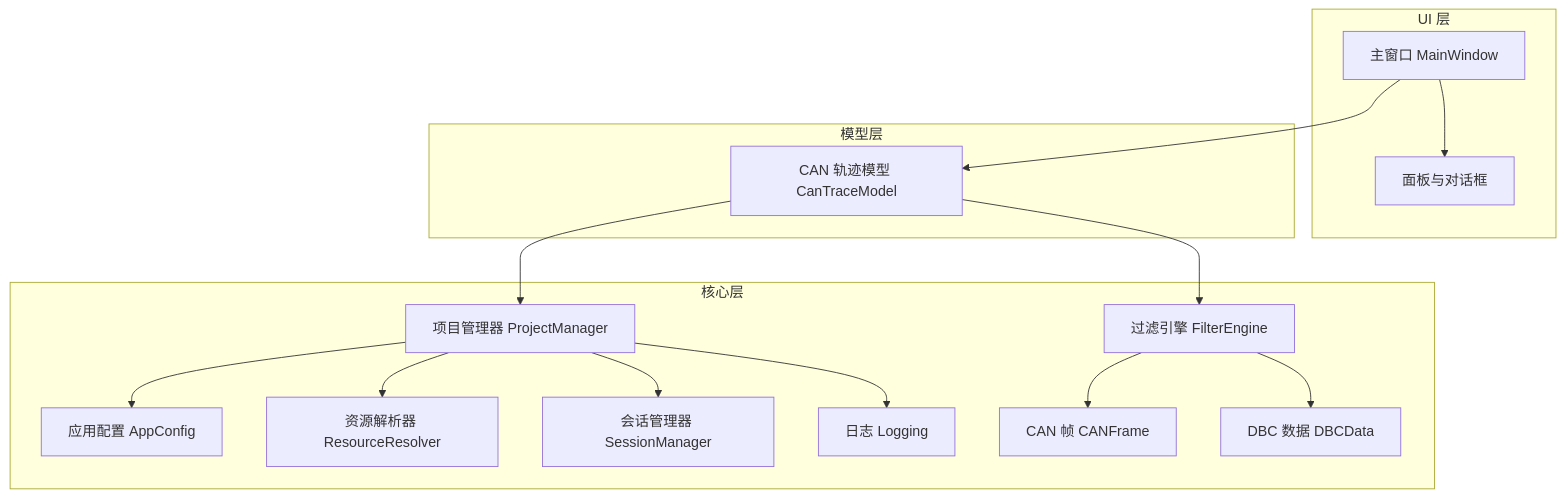
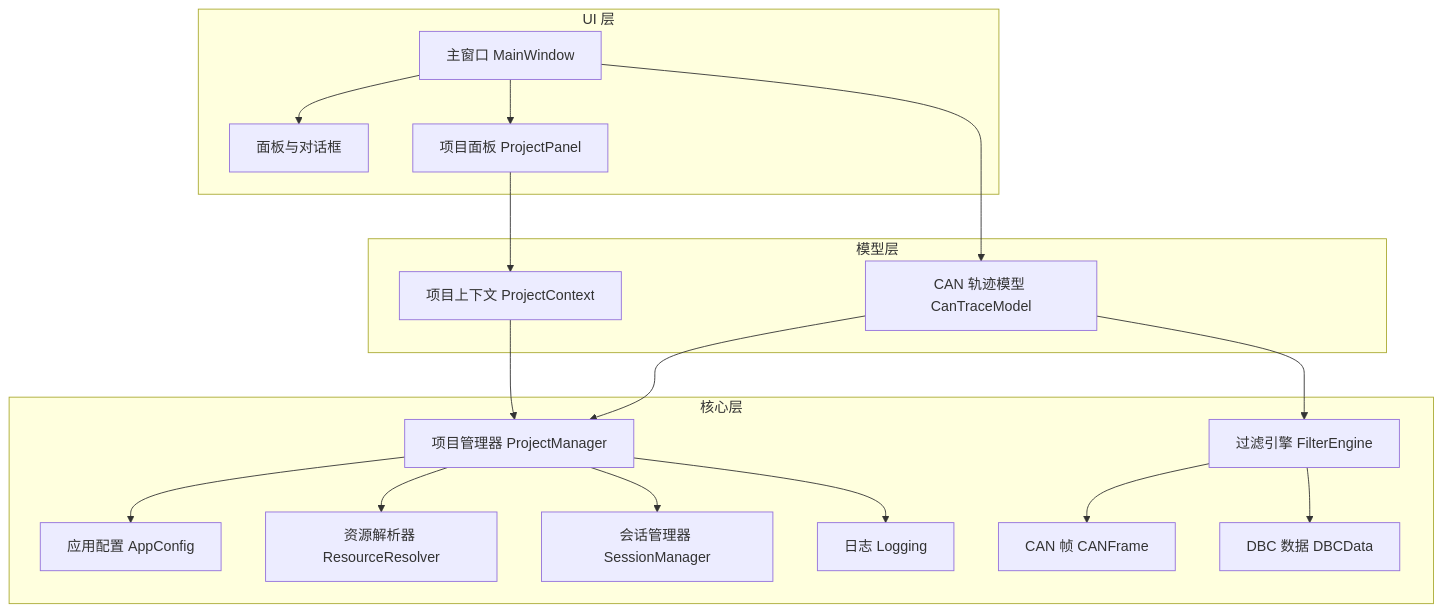
One commit to jakecai1225-design/OpenBus changed the second of 15 diagrams in .qoder/repowiki/zh/content/核心模块详解/项目管理系统.md. Above: the diagram before and after it, drawn with Mermaid. The commit also changed other lines of this file and 9 other files, not shown here.

````diff
--- a/.qoder/repowiki/zh/content/核心模块详解/项目管理系统.md
+++ b/.qoder/repowiki/zh/content/核心模块详解/项目管理系统.md
@@ -122,30 +123,35 @@
 ```mermaid
 graph TB
 subgraph "UI 层"
 MW["主窗口 MainWindow"]
 Panels["面板与对话框"]
+PP["项目面板 ProjectPanel"]
 end
 subgraph "模型层"
 TraceModel["CAN 轨迹模型 CanTraceModel"]
+PC["项目上下文 ProjectContext"]
 end
 subgraph "核心层"
 PM["项目管理器 ProjectManager"]
 AC["应用配置 AppConfig"]
 RR["资源解析器 ResourceResolver"]
 SM["会话管理器 SessionManager"]
 FE["过滤引擎 FilterEngine"]
 LOG["日志 Logging"]
 CF["CAN 帧 CANFrame"]
 DBC["DBC 数据 DBCData"]
 end
 MW --> Panels
 MW --> TraceModel
+MW --> PP
+PP --> PC
+PC --> PM
 TraceModel --> PM
 TraceModel --> FE
 PM --> AC
 PM --> RR
 PM --> SM
 PM --> LOG
 FE --> CF
 FE --> DBC
 ```
````
